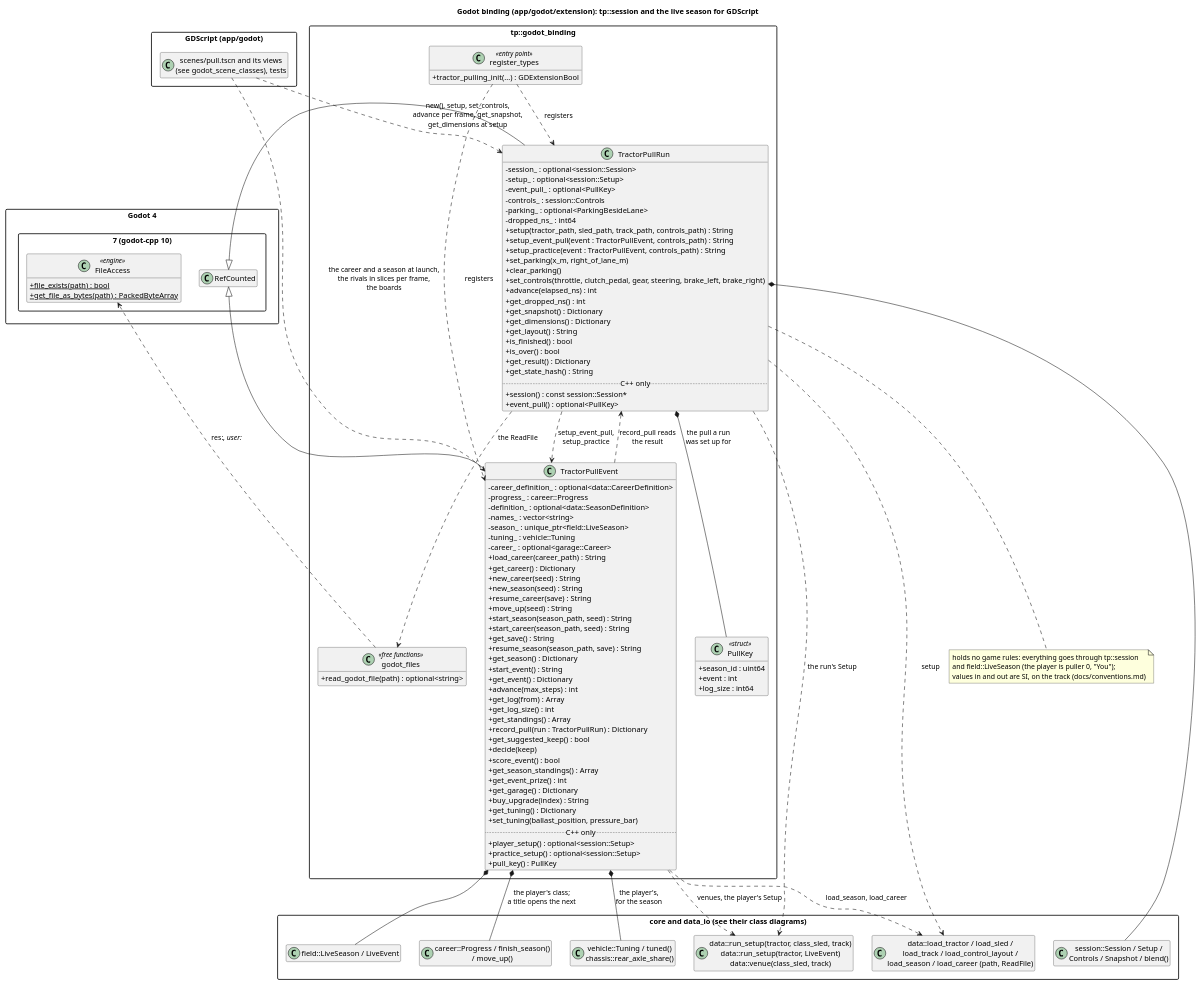
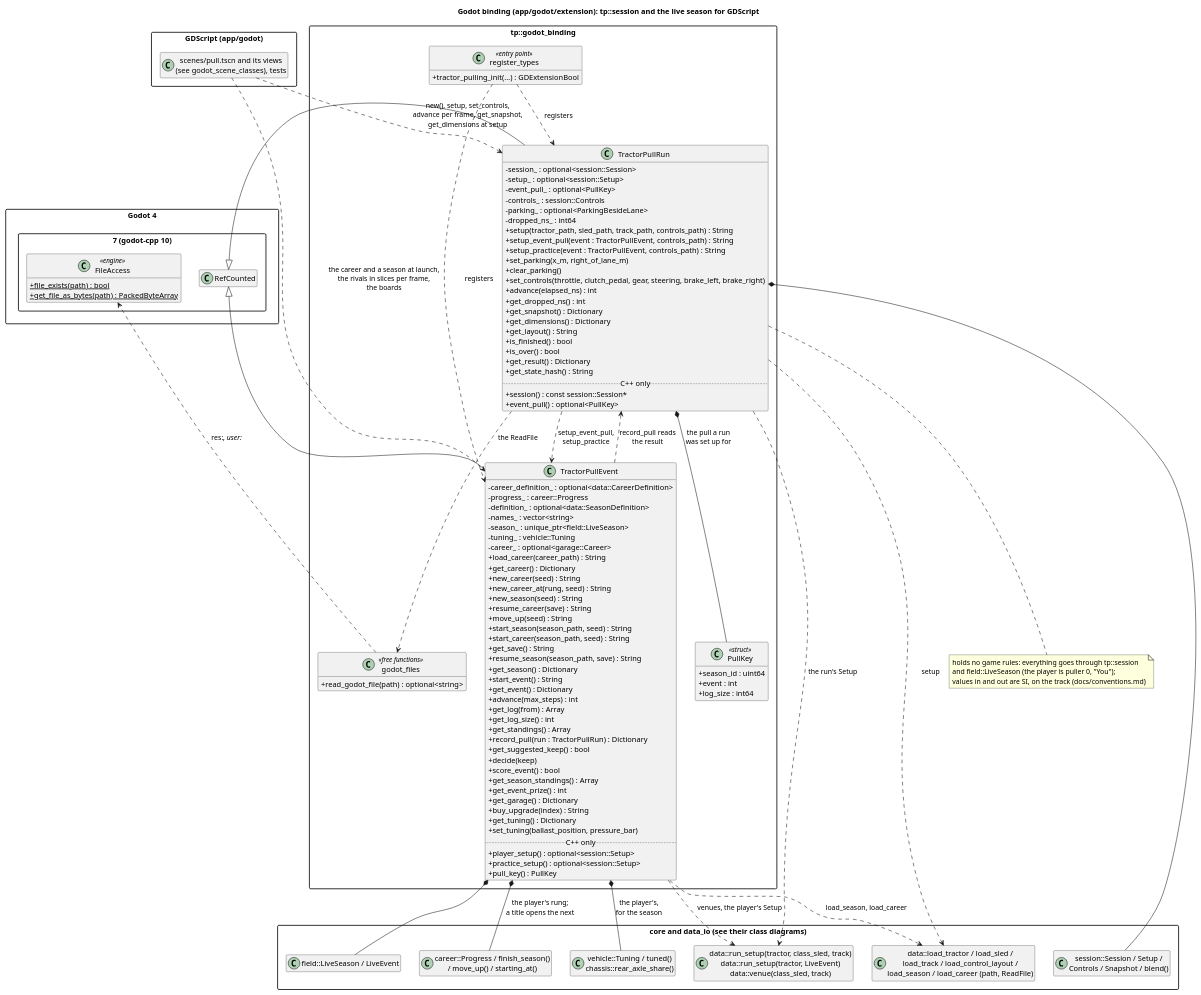
Before and after one commit to wversteeg/TractorPulling: the diagram in docs/diagrams/godot_classes.puml, drawn with PlantUML. The commit also changed 14 other files, not shown here.

```diff
--- a/docs/diagrams/godot_classes.puml
+++ b/docs/diagrams/godot_classes.puml
@@ -1,132 +1,133 @@
 @startuml godot_classes
 title Godot binding (app/godot/extension): tp::session and the live season for GDScript
 hide empty members
 skinparam packageStyle rectangle
 skinparam classAttributeIconSize 0
 
 package "Godot 4.7 (godot-cpp 10)" {
   class RefCounted
   class FileAccess <<engine>> {
     +{static} file_exists(path) : bool
     +{static} get_file_as_bytes(path) : PackedByteArray
   }
 }
 
 package "tp::godot_binding" {
   class TractorPullRun {
     -session_ : optional<session::Session>
     -setup_ : optional<session::Setup>
     -event_pull_ : optional<PullKey>
     -controls_ : session::Controls
     -parking_ : optional<ParkingBesideLane>
     -dropped_ns_ : int64
     +setup(tractor_path, sled_path, track_path, controls_path) : String
     +setup_event_pull(event : TractorPullEvent, controls_path) : String
     +setup_practice(event : TractorPullEvent, controls_path) : String
     +set_parking(x_m, right_of_lane_m)
     +clear_parking()
     +set_controls(throttle, clutch_pedal, gear, steering, brake_left, brake_right)
     +advance(elapsed_ns) : int
     +get_dropped_ns() : int
     +get_snapshot() : Dictionary
     +get_dimensions() : Dictionary
     +get_layout() : String
     +is_finished() : bool
     +is_over() : bool
     +get_result() : Dictionary
     +get_state_hash() : String
     ..C++ only..
     +session() : const session::Session*
     +event_pull() : optional<PullKey>
   }
   class TractorPullEvent {
     -career_definition_ : optional<data::CareerDefinition>
     -progress_ : career::Progress
     -definition_ : optional<data::SeasonDefinition>
     -names_ : vector<string>
     -season_ : unique_ptr<field::LiveSeason>
     -tuning_ : vehicle::Tuning
     -career_ : optional<garage::Career>
     +load_career(career_path) : String
     +get_career() : Dictionary
     +new_career(seed) : String
+    +new_career_at(rung, seed) : String
     +new_season(seed) : String
     +resume_career(save) : String
     +move_up(seed) : String
     +start_season(season_path, seed) : String
     +start_career(season_path, seed) : String
     +get_save() : String
     +resume_season(season_path, save) : String
     +get_season() : Dictionary
     +start_event() : String
     +get_event() : Dictionary
     +advance(max_steps) : int
     +get_log(from) : Array
     +get_log_size() : int
     +get_standings() : Array
     +record_pull(run : TractorPullRun) : Dictionary
     +get_suggested_keep() : bool
     +decide(keep)
     +score_event() : bool
     +get_season_standings() : Array
     +get_event_prize() : int
     +get_garage() : Dictionary
     +buy_upgrade(index) : String
     +get_tuning() : Dictionary
     +set_tuning(ballast_position, pressure_bar)
     ..C++ only..
     +player_setup() : optional<session::Setup>
     +practice_setup() : optional<session::Setup>
     +pull_key() : PullKey
   }
   class PullKey <<struct>> {
     +season_id : uint64
     +event : int
     +log_size : int64
   }
   TractorPullRun *-- PullKey : the pull a run\nwas set up for
   class "godot_files" as Files <<free functions>> {
     +read_godot_file(path) : optional<string>
   }
   class "register_types" as Register <<entry point>> {
     +tractor_pulling_init(...) : GDExtensionBool
   }
 }
 
 package "core and data_io (see their class diagrams)" {
   class "session::Session / Setup /\nControls / Snapshot / blend()" as Session
   class "data::load_tractor / load_sled /\nload_track / load_control_layout /\nload_season / load_career (path, ReadFile)" as Loaders
   class "data::run_setup(tractor, class_sled, track)\ndata::run_setup(tractor, LiveEvent)\ndata::venue(class_sled, track)" as RunSetup
   class "field::LiveSeason / LiveEvent" as Live
-  class "career::Progress / finish_season()\n/ move_up()" as Career
+  class "career::Progress / finish_season()\n/ move_up() / starting_at()" as Career
   class "vehicle::Tuning / tuned()\nchassis::rear_axle_share()" as Tuning
 }
 
 package "GDScript (app/godot)" {
   class "scenes/pull.tscn and its views\n(see godot_scene_classes), tests" as Scripts
 }
 
 RefCounted <|-- TractorPullRun
 RefCounted <|-- TractorPullEvent
 Register ..> TractorPullRun : registers
 Register ..> TractorPullEvent : registers
 TractorPullEvent *-- Live
 TractorPullEvent *-- Tuning : the player's,\nfor the season
 TractorPullEvent ..> Loaders : load_season, load_career
-TractorPullEvent *-- Career : the player's class;\na title opens the next
+TractorPullEvent *-- Career : the player's rung;\na title opens the next
 TractorPullEvent ..> RunSetup : venues, the player's Setup
 TractorPullRun ..> TractorPullEvent : setup_event_pull,\nsetup_practice
 TractorPullEvent ..> TractorPullRun : record_pull reads\nthe result
 TractorPullRun *-- Session
 TractorPullRun ..> Loaders : setup
 TractorPullRun ..> RunSetup : the run's Setup
 TractorPullRun ..> Files : the ReadFile
 Files ..> FileAccess : res://, user://
 Scripts ..> TractorPullRun : new(), setup, set_controls,\nadvance per frame, get_snapshot,\nget_dimensions at setup
 Scripts ..> TractorPullEvent : the career and a season at launch,\nthe rivals in slices per frame,\nthe boards
 note bottom of TractorPullRun
   holds no game rules: everything goes through tp::session
   and field::LiveSeason (the player is puller 0, "You");
   values in and out are SI, on the track (docs/conventions.md)
 end note
 @enduml
```
